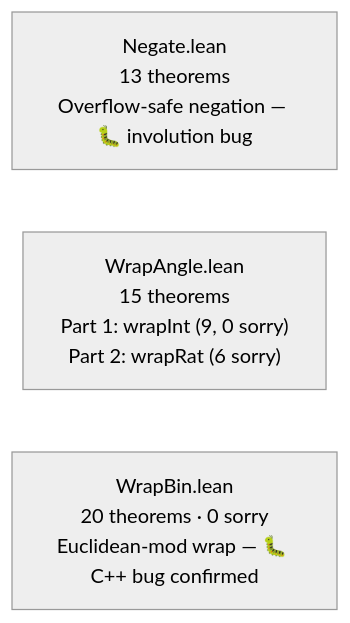
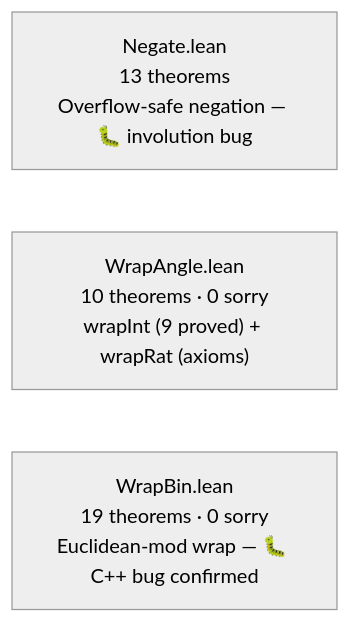
One commit to fsprojects/PX4-Autopilot changed the sixth of 15 diagrams in formal-verification/REPORT.md. Above: the diagram before and after it, drawn with Mermaid (neutral theme). The commit also changed other lines of this file and 4 other files, not shown here.

````diff
--- a/formal-verification/REPORT.md
+++ b/formal-verification/REPORT.md
@@ -176,6 +171,6 @@
 ```mermaid
 graph LR
     NE["Negate.lean<br/>13 theorems<br/>Overflow-safe negation — 🐛 involution bug"]
-    WA["WrapAngle.lean<br/>15 theorems<br/>Part 1: wrapInt (9, 0 sorry)<br/>Part 2: wrapRat (6 sorry)"]
-    WB["WrapBin.lean<br/>20 theorems · 0 sorry<br/>Euclidean-mod wrap — 🐛 C++ bug confirmed"]
+    WA["WrapAngle.lean<br/>10 theorems · 0 sorry<br/>wrapInt (9 proved) + wrapRat (axioms)"]
+    WB["WrapBin.lean<br/>19 theorems · 0 sorry<br/>Euclidean-mod wrap — 🐛 C++ bug confirmed"]
 ```
````
